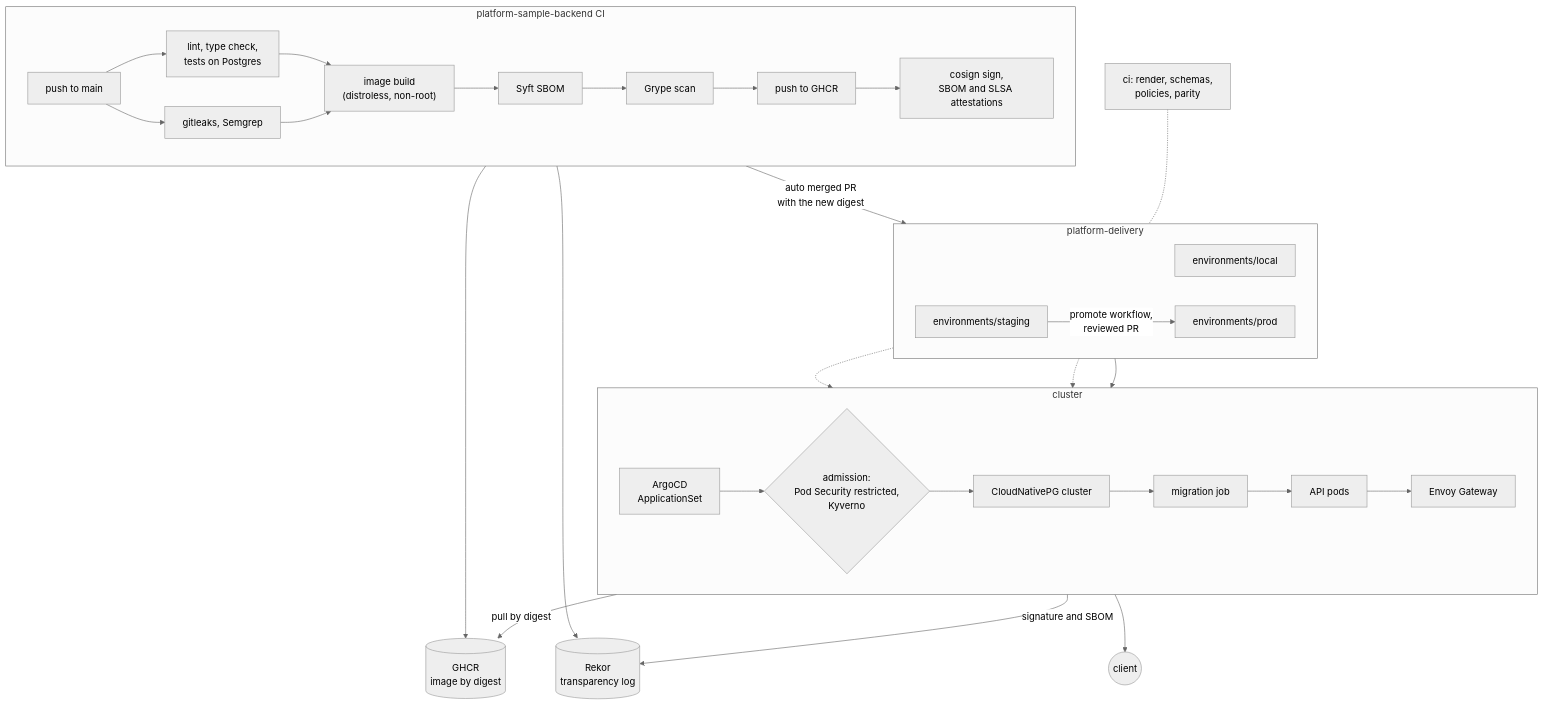
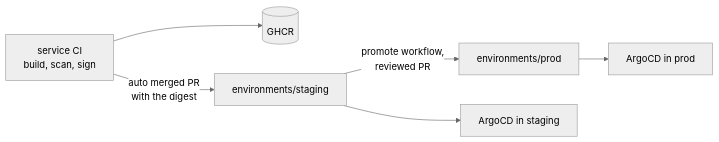
Before and after one commit to rootsher/platform-delivery: the first of 5 diagrams in README.md, drawn with Mermaid (neutral theme). The commit also changed other lines of this file, not shown here.

Commit message:
docs: split the readme diagrams and cut the prose

````diff
--- a/README.md
+++ b/README.md
@@ -19,41 +12,8 @@
 ```mermaid
-flowchart TB
-  subgraph backend["platform-sample-backend CI"]
-    direction LR
-    push["push to main"] --> checks["lint, type check,<br/>tests on Postgres"]
-    push --> scans["gitleaks, Semgrep"]
-    checks --> build["image build<br/>(distroless, non-root)"]
-    scans --> build
-    build --> sbom["Syft SBOM"] --> grype["Grype scan"]
-    grype --> publish["push to GHCR"]
-    publish --> sign["cosign sign,<br/>SBOM and SLSA attestations"]
-  end
-
-  publish --> ghcr[("GHCR<br/>image by digest")]
-  sign --> rekor[("Rekor<br/>transparency log")]
-
-  subgraph repo["platform-delivery"]
-    direction LR
-    local["environments/local"]
-    staging["environments/staging"]
-    prod["environments/prod"]
-  end
-
-  sign -- "auto merged PR<br/>with the new digest" --> staging
-  staging -- "promote workflow,<br/>reviewed PR" --> prod
-  checks2["ci: render, schemas,<br/>policies, parity"] -.- repo
-
-  subgraph cluster["cluster"]
-    direction LR
-    argocd["ArgoCD<br/>ApplicationSet"] --> admission{"admission:<br/>Pod Security restricted,<br/>Kyverno"}
-    admission --> db["CloudNativePG cluster"] --> migrate["migration job"] --> api["API pods"]
-    api --> gateway["Envoy Gateway"]
-  end
-
-  local --> argocd
-  staging -.-> argocd
-  prod -.-> argocd
-  admission -- "signature and SBOM" --> rekor
-  admission -- "pull by digest" --> ghcr
-  gateway --> client(("client"))
+flowchart LR
+  ci["service CI<br/>build, scan, sign"] --> ghcr[("GHCR")]
+  ci -- "auto merged PR<br/>with the digest" --> staging["environments/staging"]
+  staging -- "promote workflow,<br/>reviewed PR" --> prod["environments/prod"]
+  staging --> argos["ArgoCD in staging"]
+  prod --> argop["ArgoCD in prod"]
 ```
````
